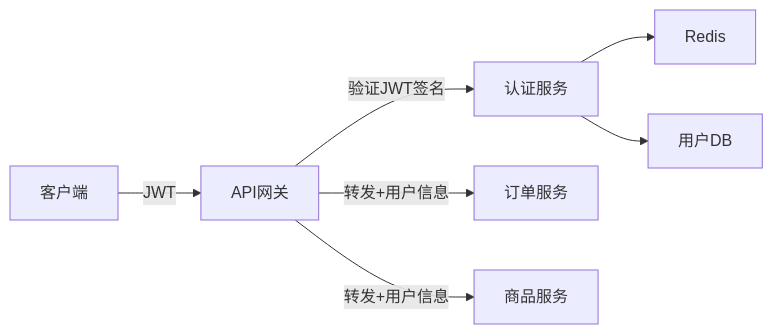
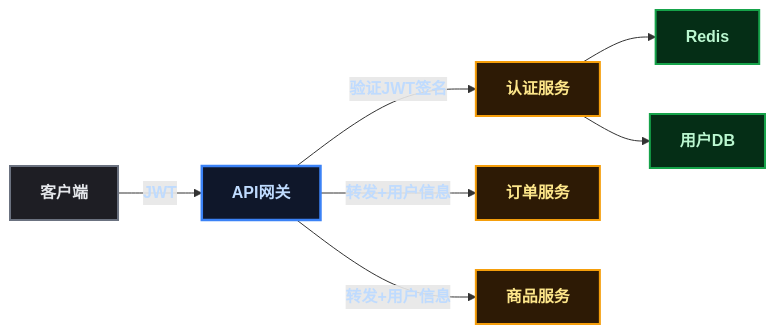
Before and after one commit to yaocat55/yaocat55.github.io: the seventh of 12 diagrams in content/posts/springsecurity/SsoVsJwtRedisAuth.md, drawn with Mermaid. The commit also changed other lines of this file and 155 other files, not shown here.

````diff
--- a/content/posts/springsecurity/SsoVsJwtRedisAuth.md
+++ b/content/posts/springsecurity/SsoVsJwtRedisAuth.md
@@ -311,9 +320,20 @@
 ```mermaid
 flowchart LR
+%% 半暗底色 + 高亮描边：完美适配博客深色/浅色双主题 %%
+classDef branch fill:#2d1a05,stroke:#f59e0b,stroke-width:2px,color:#fde68a,font-weight:bold;
+classDef process fill:#1e1e24,stroke:#6b7280,stroke-width:2px,color:#e5e7eb;
+classDef data fill:#052e16,stroke:#16a34a,stroke-width:2px,color:#bbf7d0,font-weight:bold;
+classDef root fill:#0f172a,stroke:#3b82f6,stroke-width:2.5px,color:#bfdbfe,font-weight:bold;
     C[客户端] -->|JWT| GW[API网关]
     GW -->|验证JWT签名| AUTH[认证服务]
     GW -->|转发+用户信息| MS1[订单服务]
     GW -->|转发+用户信息| MS2[商品服务]
     AUTH --> R[Redis]
     AUTH --> DB[用户DB]
+
+
+class AUTH,MS1,MS2 branch;
+class DB,R data;
+class C process;
+class GW root;
 ```
````
